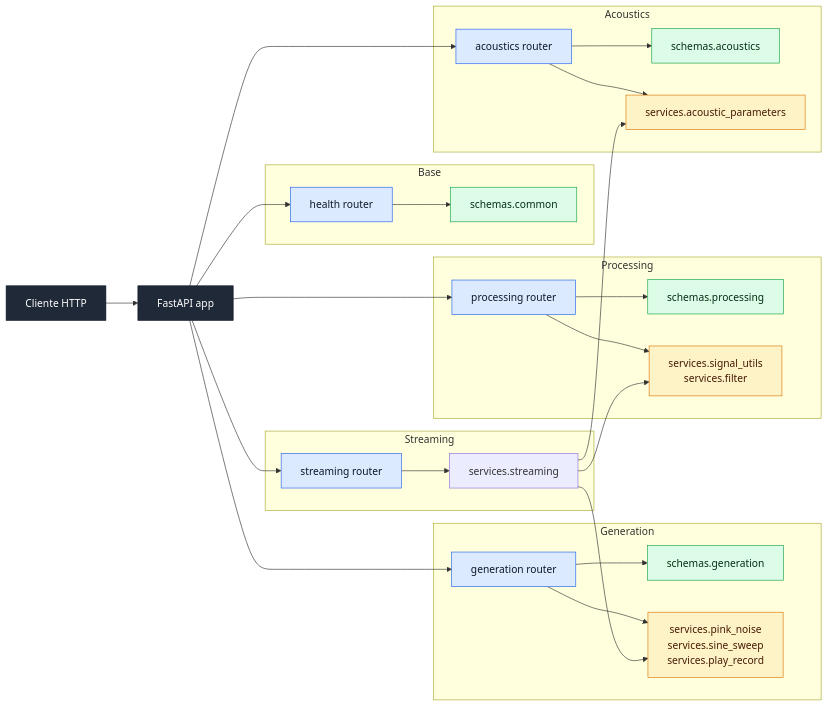
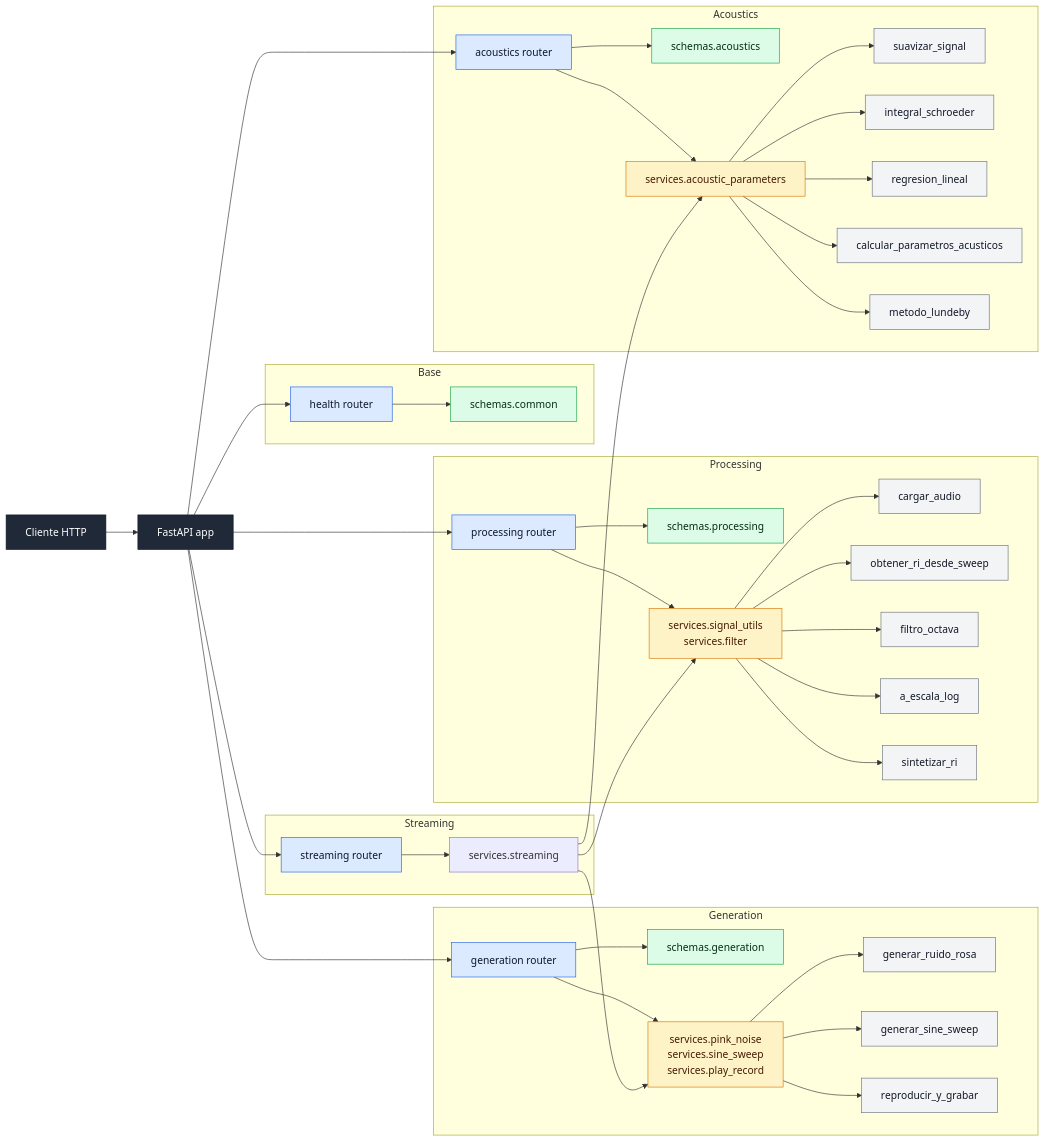
The diagram in README.md (nahueRosso/rir-api), drawn with Mermaid before and after one commit.

Commit message:
docs(readme): restore functions in architecture diagram

````diff
--- a/README.md
+++ b/README.md
@@ -143,24 +143,50 @@
         RG[generation router]
         SCHG[schemas.generation]
         SG[services.pink_noise<br/>services.sine_sweep<br/>services.play_record]
+        G1[generar_ruido_rosa]
+        G2[generar_sine_sweep]
+        G3[reproducir_y_grabar]
         RG --> SCHG
         RG --> SG
+        SG --> G1
+        SG --> G2
+        SG --> G3
     end
 
     subgraph PROC[Processing]
         RP[processing router]
         SCHP[schemas.processing]
         SP[services.signal_utils<br/>services.filter]
+        P1[cargar_audio]
+        P2[obtener_ri_desde_sweep]
+        P3[filtro_octava]
+        P4[a_escala_log]
+        P5[sintetizar_ri]
         RP --> SCHP
         RP --> SP
+        SP --> P1
+        SP --> P2
+        SP --> P3
+        SP --> P4
+        SP --> P5
     end
 
     subgraph AC[Acoustics]
         RA[acoustics router]
         SCHA[schemas.acoustics]
         SA[services.acoustic_parameters]
+        A1[suavizar_signal]
+        A2[integral_schroeder]
+        A3[regresion_lineal]
+        A4[calcular_parametros_acusticos]
+        A5[metodo_lundeby]
         RA --> SCHA
         RA --> SA
+        SA --> A1
+        SA --> A2
+        SA --> A3
+        SA --> A4
+        SA --> A5
     end
 
     subgraph STR[Streaming]
@@ -182,9 +208,11 @@
     classDef router fill:#dbeafe,stroke:#2563eb,color:#0f172a
     classDef schema fill:#dcfce7,stroke:#16a34a,color:#052e16
     classDef service fill:#fef3c7,stroke:#d97706,color:#451a03
+    classDef fn fill:#f3f4f6,stroke:#6b7280,color:#111827
 
     class CLIENTE,API entry
     class RH,RG,RP,RA,RS router
     class SCHC,SCHG,SCHP,SCHA schema
     class SG,SP,SA service
+    class G1,G2,G3,P1,P2,P3,P4,P5,A1,A2,A3,A4,A5 fn
 ```
````
